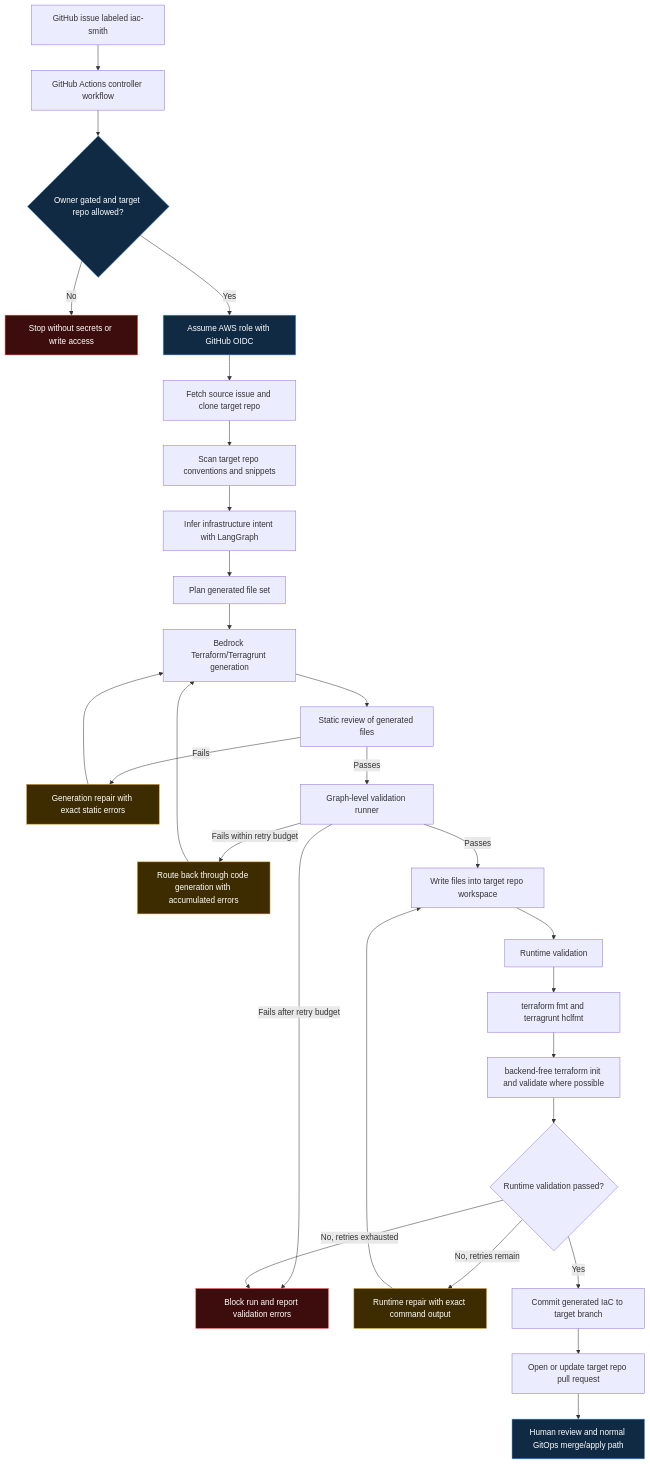
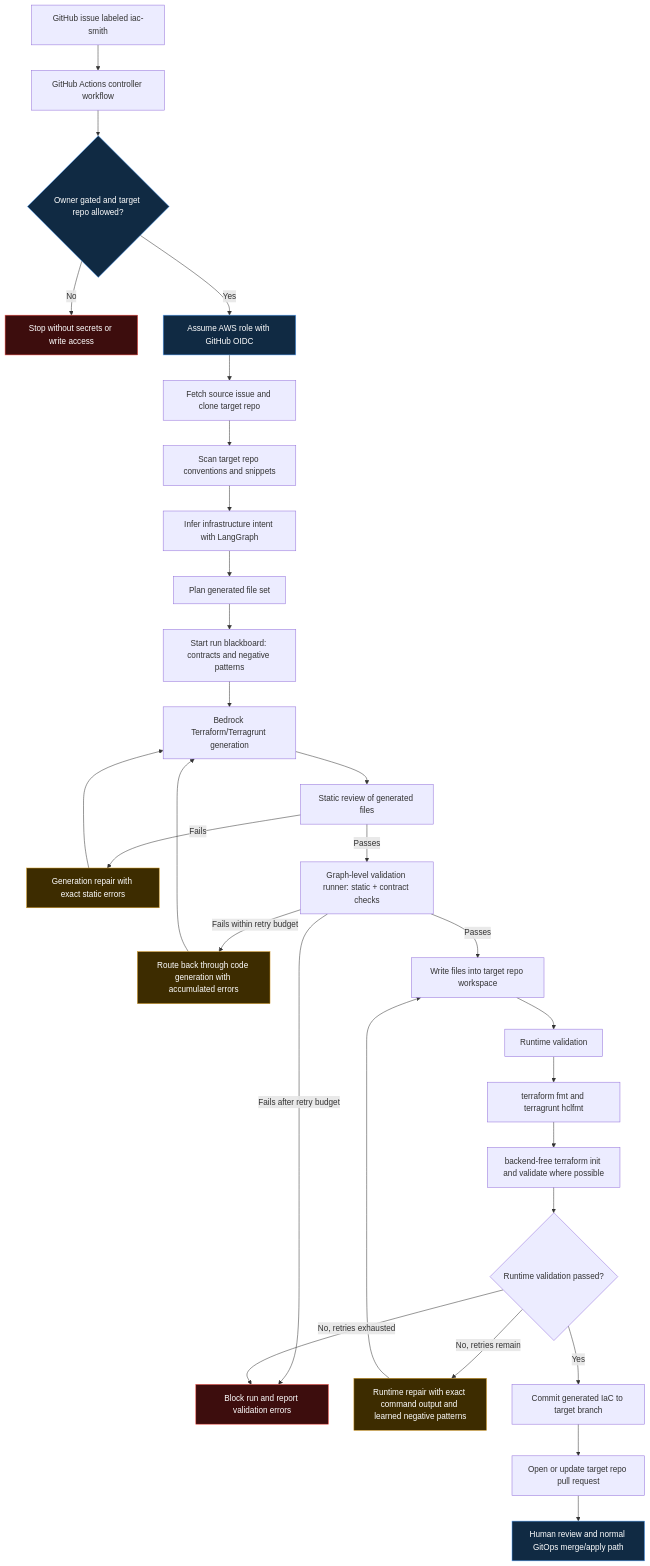
One commit to time4116/iac-smith changed the diagram in docs/ARCHITECTURE_FLOW.md. Above: the diagram before and after it, drawn with Mermaid. The commit also changed 1 other file, not shown here.

Commit message:
docs: document the blackboard node and contract/negative-pattern flow
Bring the architecture docs in line with the run-blackboard work:

- AGENT_REFERENCE: add blackboard_planner to the end-to-end flow, the
  `blackboard` state field, the `blackboard_ready` status, a node section
  covering dynamic contract resolution / depth-0 contract validation / negative-
  pattern learning, and the runtime-repair loop now feeding findings back.
- ARCHITECTURE_FLOW: add the run-blackboard step to the Mermaid flow and note
  contract checks + learned negative patterns in validation and runtime repair.

````diff
--- a/docs/ARCHITECTURE_FLOW.md
+++ b/docs/ARCHITECTURE_FLOW.md
@@ -5,42 +5,43 @@
 ```mermaid
 flowchart TD
     A[GitHub issue labeled iac-smith] --> B[GitHub Actions controller workflow]
     B --> C{Owner gated and target repo allowed?}
     C -- No --> Z[Stop without secrets or write access]
     C -- Yes --> D[Assume AWS role with GitHub OIDC]
     D --> E[Fetch source issue and clone target repo]
     E --> F[Scan target repo conventions and snippets]
     F --> G[Infer infrastructure intent with LangGraph]
     G --> H[Plan generated file set]
+    H --> H2[Start run blackboard: contracts and negative patterns]
 
-    H --> I[Bedrock Terraform/Terragrunt generation]
+    H2 --> I[Bedrock Terraform/Terragrunt generation]
     I --> J[Static review of generated files]
     J -->|Fails| K[Generation repair with exact static errors]
     K --> I
-    J -->|Passes| L[Graph-level validation runner]
+    J -->|Passes| L[Graph-level validation runner: static + contract checks]
 
     L -->|Fails within retry budget| M[Route back through code generation with accumulated errors]
     M --> I
     L -->|Fails after retry budget| N[Block run and report validation errors]
     L -->|Passes| O[Write files into target repo workspace]
 
     O --> P[Runtime validation]
     P --> P1[terraform fmt and terragrunt hclfmt]
     P1 --> P2[backend-free terraform init and validate where possible]
     P2 --> Q{Runtime validation passed?}
 
-    Q -- No, retries remain --> R[Runtime repair with exact command output]
+    Q -- No, retries remain --> R[Runtime repair with exact command output and learned negative patterns]
     R --> O
     Q -- No, retries exhausted --> N
     Q -- Yes --> S[Commit generated IaC to target branch]
     S --> T[Open or update target repo pull request]
     T --> U[Human review and normal GitOps merge/apply path]
 
     classDef safety fill:#102a43,stroke:#58a6ff,color:#ffffff
     classDef repair fill:#3d2c00,stroke:#d29922,color:#ffffff
     classDef stop fill:#3d0d0d,stroke:#f85149,color:#ffffff
 
     class C,D,Z,N,U safety
     class K,M,R repair
     class Z,N stop
 ```
````
